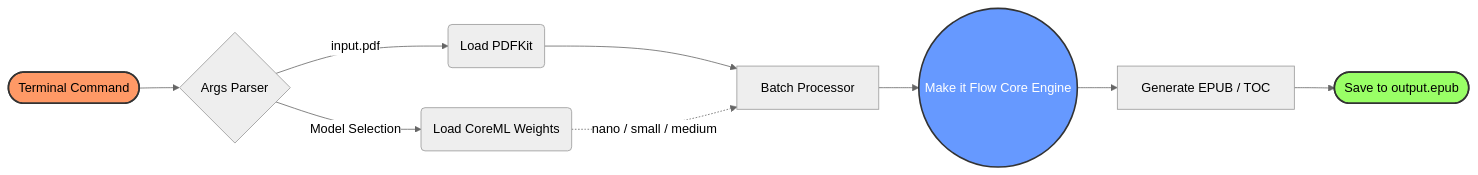
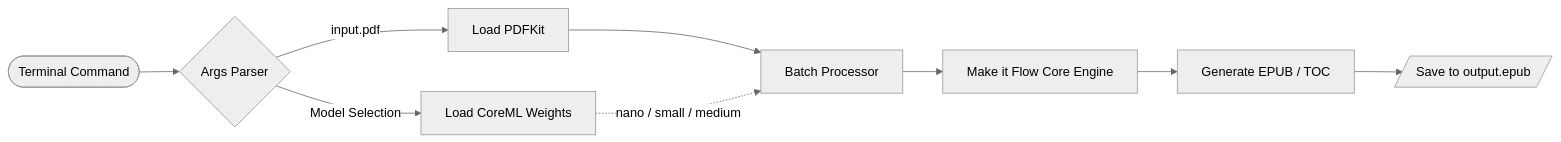
One commit to codinguniversefromEric/Make_it_Flow changed the first of 2 diagrams in README.md. Above: the diagram before and after it, drawn with Mermaid (neutral theme). The commit also changed other lines of this file, not shown here.

Commit message:
docs: strictly adhere to DFD and UML standard shapes for Mermaid diagrams

````diff
--- a/README.md
+++ b/README.md
@@ -24,17 +24,13 @@
 ```mermaid
 flowchart LR
     A([Terminal Command]) --> B{"Args Parser"}
-    B -->|input.pdf| C("Load PDFKit")
-    B -->|Model Selection| D("Load CoreML Weights")
+    B -->|input.pdf| C["Load PDFKit"]
+    B -->|Model Selection| D["Load CoreML Weights"]
     
     C --> E["Batch Processor"]
     D -.->|nano / small / medium| E
     
-    E --> F(("Make it Flow Core Engine"))
+    E --> F["Make it Flow Core Engine"]
     F --> G["Generate EPUB / TOC"]
-    G --> H([Save to output.epub])
-    
-    style A fill:#f96,stroke:#333,stroke-width:2px
-    style H fill:#9f6,stroke:#333,stroke-width:2px
-    style F fill:#69f,stroke:#333,stroke-width:2px,color:#fff
+    G --> H[/"Save to output.epub"/]
 ```
````
